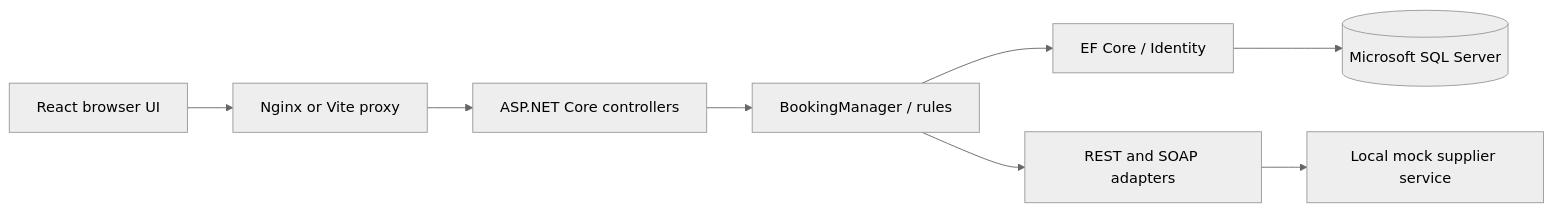
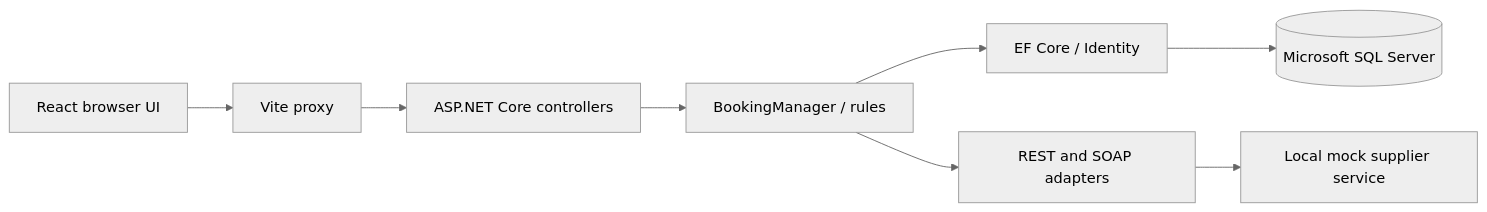
One commit to a1ifhossain/FlightBookingApp changed the diagram in README.md. Above: the diagram before and after it, drawn with Mermaid (neutral theme). The commit also changed other lines of this file, not shown here.

````diff
--- a/README.md
+++ b/README.md
@@ -69,10 +66,10 @@
 ```mermaid
 flowchart LR
-    Browser[React browser UI] --> Web[Nginx or Vite proxy]
+    Browser[React browser UI] --> Web[Vite proxy]
     Web --> API[ASP.NET Core controllers]
     API --> Business[BookingManager / rules]
     Business --> EF[EF Core / Identity]
     EF --> SQL[(Microsoft SQL Server)]
     Business --> Adapter[REST and SOAP adapters]
     Adapter --> Mock[Local mock supplier service]
 ```
````
